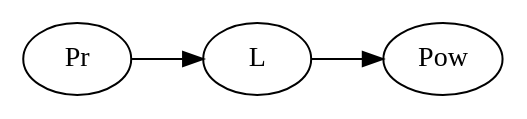
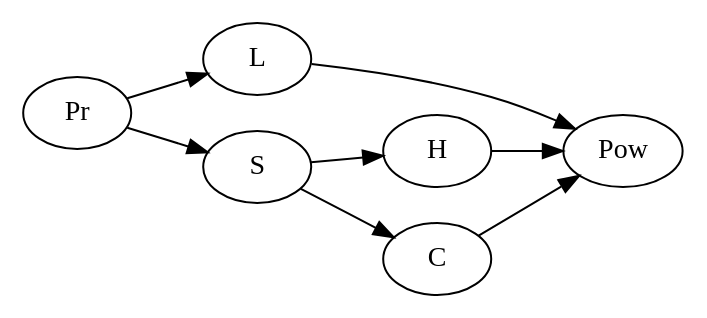
Before and after one commit to smarianimore/multiagent_algorithm: the diagram in tmp/1/Digraph.gv, drawn with Graphviz. The commit also changed 12 other files, not shown here.

```diff
--- a/tmp/1/Digraph.gv
+++ b/tmp/1/Digraph.gv
@@ -1,5 +1,10 @@
 digraph {
 	graph [rankdir=LR]
 	Pr -> L
+	Pr -> S
 	L -> Pow
+	H -> Pow
+	C -> Pow
+	S -> H
+	S -> C
 }
```
